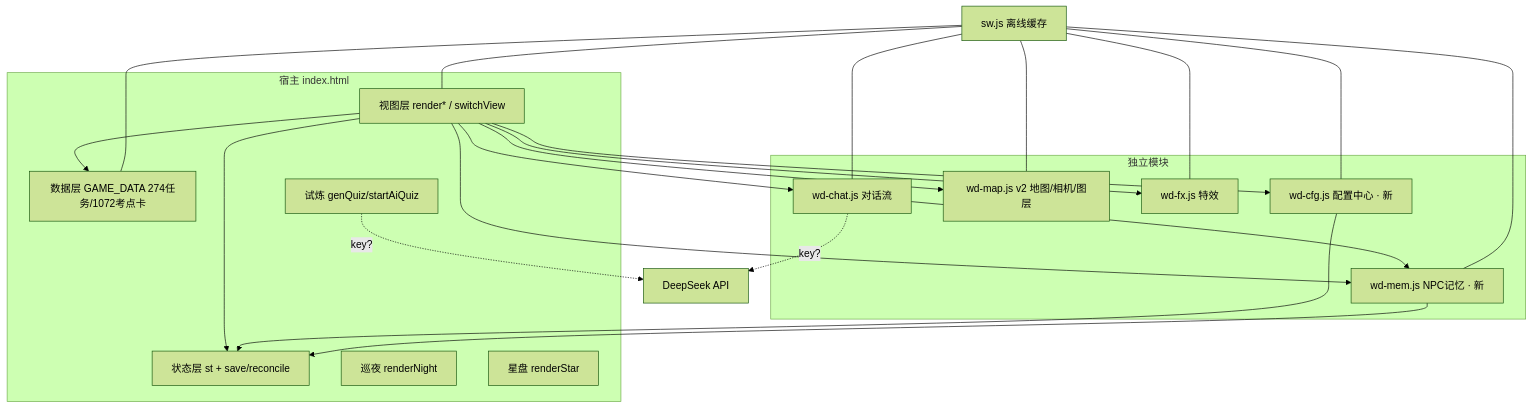
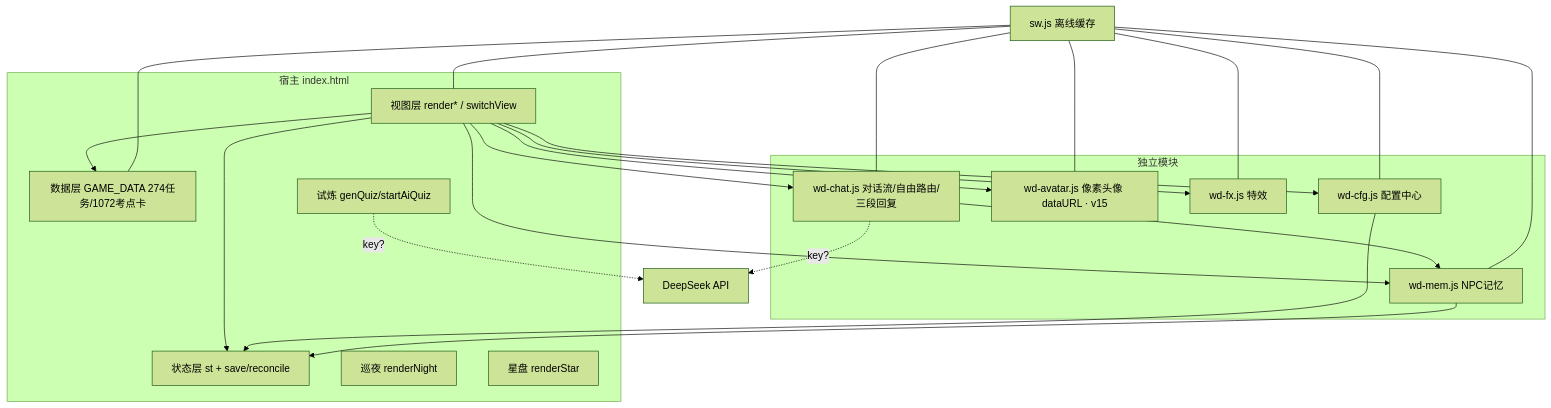
One commit to zhalibulang/wendao-zhilv changed the first of 4 diagrams in GLOBAL-DESIGN-REPORT.md. Above: the diagram before and after it, drawn with Mermaid (forest theme). The commit also changed other lines of this file and 6 other files, not shown here.

First line of the commit message:
feat(v15): 移除地图版块并重构NPC对话体系

````diff
--- a/GLOBAL-DESIGN-REPORT.md
+++ b/GLOBAL-DESIGN-REPORT.md
@@ -39,28 +39,28 @@
 ```mermaid
 graph TD
   subgraph 宿主 index.html
     UI[视图层 render* / switchView]
     ST[状态层 st + save/reconcile]
     D[数据层 GAME_DATA 274任务/1072考点卡]
     QZ[试炼 genQuiz/startAiQuiz]
     NT[巡夜 renderNight]
     SP[星盘 renderStar]
   end
   subgraph 独立模块
-    CHAT[wd-chat.js 对话流]
-    MAP[wd-map.js v2 地图/相机/图层]
+    CHAT[wd-chat.js 对话流/自由路由/三段回复]
+    AV[wd-avatar.js 像素头像 dataURL · v15]
     FX[wd-fx.js 特效]
-    CFG[wd-cfg.js 配置中心 · 新]
-    MEM[wd-mem.js NPC记忆 · 新]
+    CFG[wd-cfg.js 配置中心]
+    MEM[wd-mem.js NPC记忆]
   end
   EXT[DeepSeek API]
   SW[sw.js 离线缓存]
   UI --> D & ST
-  UI --> CHAT & MAP & FX & CFG & MEM
+  UI --> CHAT & AV & FX & CFG & MEM
   CHAT --> MEM
   CHAT -.key?.-> EXT
   QZ -.key?.-> EXT
   CFG --> ST
   MEM --> ST
-  SW --- UI & D & CHAT & MAP & FX & CFG & MEM
+  SW --- UI & D & CHAT & AV & FX & CFG & MEM
 ```
````
